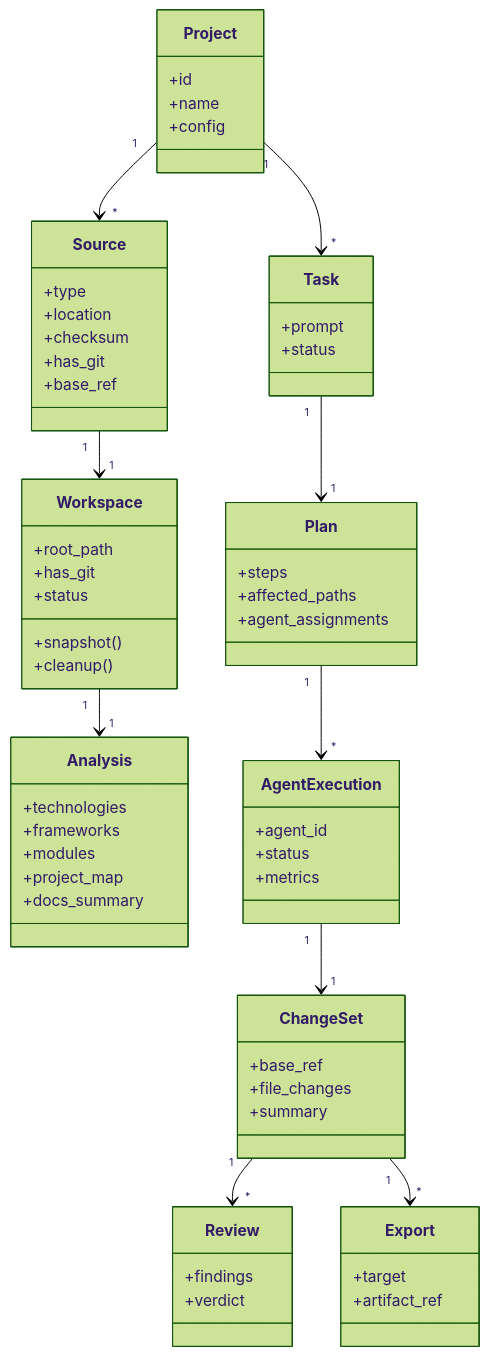
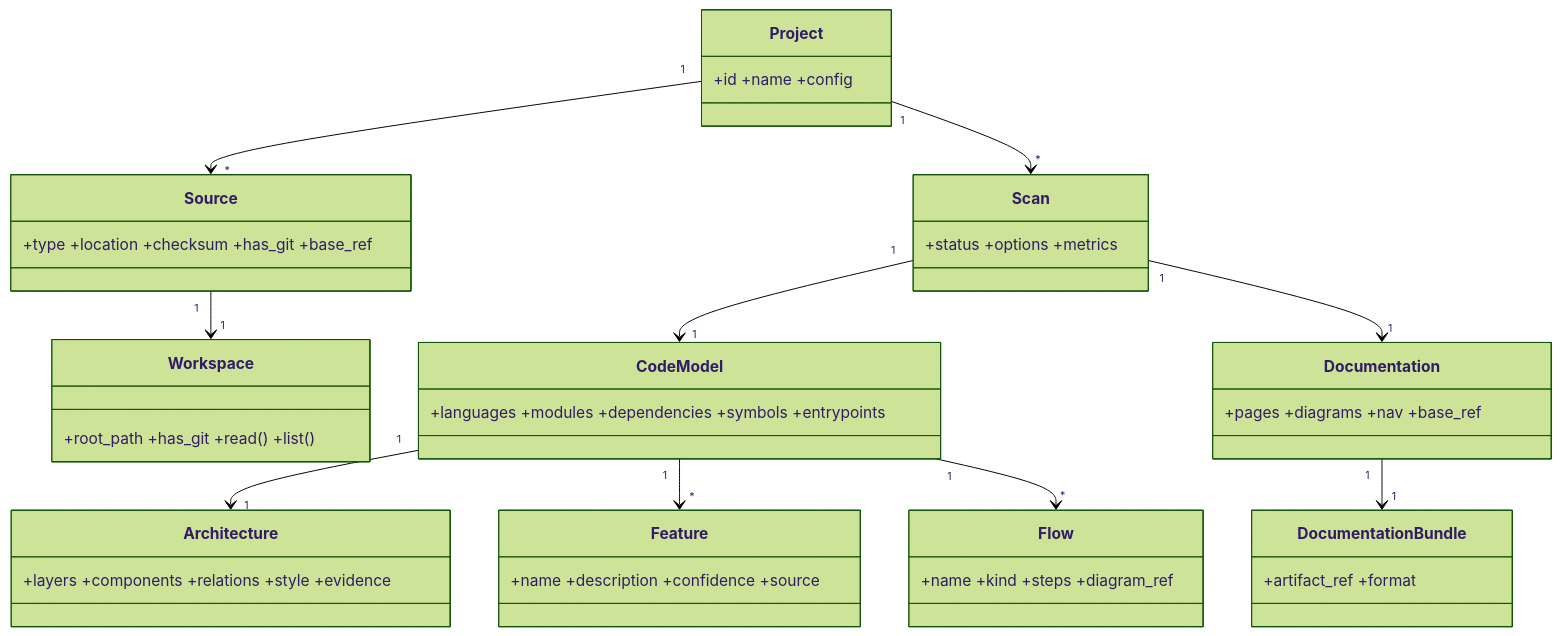
One commit to mibaldi/GitArchitect changed the first of 5 diagrams in docs/SDD.md. Above: the diagram before and after it, drawn with Mermaid (forest theme). The commit also changed other lines of this file, not shown here.

First line of the commit message:
docs: rewrite SDD (v2) — codebase documentation generator

````diff
--- a/docs/SDD.md
+++ b/docs/SDD.md
@@ -251,66 +244,23 @@
 ```mermaid
 classDiagram
-    class Project {
-        +id
-        +name
-        +config
-    }
-    class Source {
-        +type
-        +location
-        +checksum
-        +has_git
-        +base_ref
-    }
-    class Workspace {
-        +root_path
-        +has_git
-        +status
-        +snapshot()
-        +cleanup()
-    }
-    class Analysis {
-        +technologies
-        +frameworks
-        +modules
-        +project_map
-        +docs_summary
-    }
-    class Task {
-        +prompt
-        +status
-    }
-    class Plan {
-        +steps
-        +affected_paths
-        +agent_assignments
-    }
-    class AgentExecution {
-        +agent_id
-        +status
-        +metrics
-    }
-    class ChangeSet {
-        +base_ref
-        +file_changes
-        +summary
-    }
-    class Review {
-        +findings
-        +verdict
-    }
-    class Export {
-        +target
-        +artifact_ref
-    }
+    class Project { +id +name +config }
+    class Source { +type +location +checksum +has_git +base_ref }
+    class Workspace { +root_path +has_git +read() +list() }
+    class Scan { +status +options +metrics }
+    class CodeModel { +languages +modules +dependencies +symbols +entrypoints }
+    class Architecture { +layers +components +relations +style +evidence }
+    class Feature { +name +description +confidence +source }
+    class Flow { +name +kind +steps +diagram_ref }
+    class Documentation { +pages +diagrams +nav +base_ref }
+    class DocumentationBundle { +artifact_ref +format }
 
+    Project "1" --> "*" Scan
     Project "1" --> "*" Source
     Source "1" --> "1" Workspace
-    Workspace "1" --> "1" Analysis
-    Project "1" --> "*" Task
-    Task "1" --> "1" Plan
-    Plan "1" --> "*" AgentExecution
-    AgentExecution "1" --> "1" ChangeSet
-    ChangeSet "1" --> "*" Review
-    ChangeSet "1" --> "*" Export
+    Scan "1" --> "1" CodeModel
+    CodeModel "1" --> "1" Architecture
+    CodeModel "1" --> "*" Feature
+    CodeModel "1" --> "*" Flow
+    Scan "1" --> "1" Documentation
+    Documentation "1" --> "1" DocumentationBundle
 ```
````
